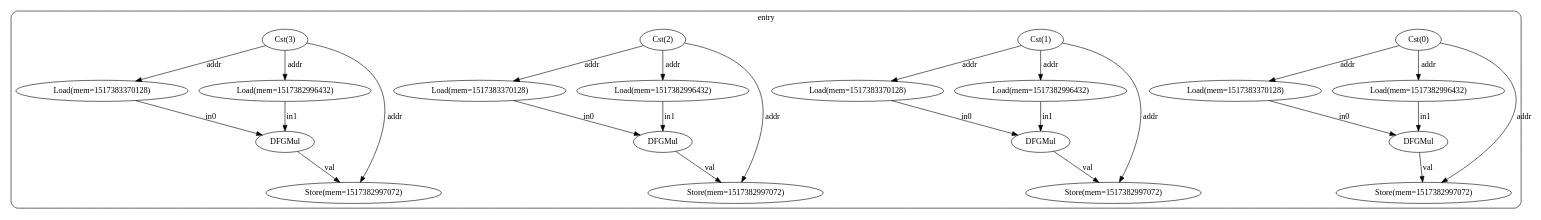
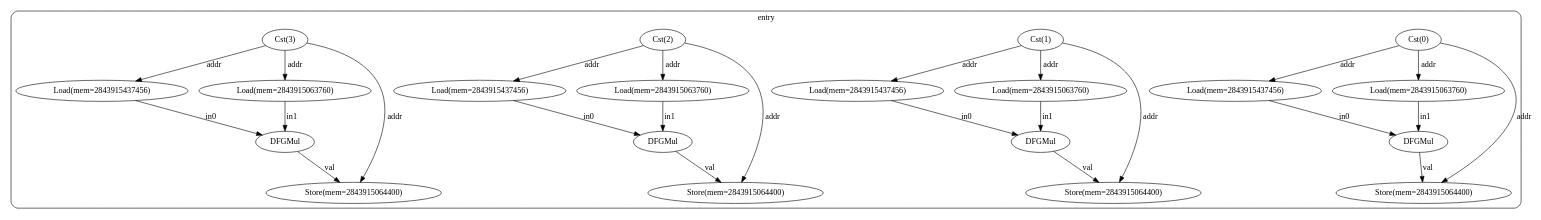
The diagram in test01/cfg_with_dfg.dot (ma-carrillo/High-level-synthesis-assignment), drawn with Graphviz before and after one commit. The commit also changed 18 other files, not shown here.

```diff
--- a/test01/cfg_with_dfg.dot
+++ b/test01/cfg_with_dfg.dot
@@ -1,51 +1,51 @@
 digraph "cfg" {
   compound=true;
   subgraph "cluster_bb0" {
     label="entry";
     style=rounded;
     bb0_n0 [label="Cst(0)"];
-    bb0_n1 [label="Load(mem=1517383370128)"];
-    bb0_n2 [label="Load(mem=1517382996432)"];
+    bb0_n1 [label="Load(mem=2843915437456)"];
+    bb0_n2 [label="Load(mem=2843915063760)"];
     bb0_n3 [label="DFGMul"];
-    bb0_n4 [label="Store(mem=1517382997072)"];
+    bb0_n4 [label="Store(mem=2843915064400)"];
     bb0_n5 [label="Cst(1)"];
-    bb0_n6 [label="Load(mem=1517383370128)"];
-    bb0_n7 [label="Load(mem=1517382996432)"];
+    bb0_n6 [label="Load(mem=2843915437456)"];
+    bb0_n7 [label="Load(mem=2843915063760)"];
     bb0_n8 [label="DFGMul"];
-    bb0_n9 [label="Store(mem=1517382997072)"];
+    bb0_n9 [label="Store(mem=2843915064400)"];
     bb0_n10 [label="Cst(2)"];
-    bb0_n11 [label="Load(mem=1517383370128)"];
-    bb0_n12 [label="Load(mem=1517382996432)"];
+    bb0_n11 [label="Load(mem=2843915437456)"];
+    bb0_n12 [label="Load(mem=2843915063760)"];
     bb0_n13 [label="DFGMul"];
-    bb0_n14 [label="Store(mem=1517382997072)"];
+    bb0_n14 [label="Store(mem=2843915064400)"];
     bb0_n15 [label="Cst(3)"];
-    bb0_n16 [label="Load(mem=1517383370128)"];
-    bb0_n17 [label="Load(mem=1517382996432)"];
+    bb0_n16 [label="Load(mem=2843915437456)"];
+    bb0_n17 [label="Load(mem=2843915063760)"];
     bb0_n18 [label="DFGMul"];
-    bb0_n19 [label="Store(mem=1517382997072)"];
+    bb0_n19 [label="Store(mem=2843915064400)"];
     bb0_n0 -> bb0_n1 [label="addr"];
     bb0_n0 -> bb0_n2 [label="addr"];
     bb0_n0 -> bb0_n4 [label="addr"];
     bb0_n1 -> bb0_n3 [label="in0"];
     bb0_n2 -> bb0_n3 [label="in1"];
     bb0_n3 -> bb0_n4 [label="val"];
     bb0_n5 -> bb0_n6 [label="addr"];
     bb0_n5 -> bb0_n7 [label="addr"];
     bb0_n5 -> bb0_n9 [label="addr"];
     bb0_n6 -> bb0_n8 [label="in0"];
     bb0_n7 -> bb0_n8 [label="in1"];
     bb0_n8 -> bb0_n9 [label="val"];
     bb0_n10 -> bb0_n11 [label="addr"];
     bb0_n10 -> bb0_n12 [label="addr"];
     bb0_n10 -> bb0_n14 [label="addr"];
     bb0_n11 -> bb0_n13 [label="in0"];
     bb0_n12 -> bb0_n13 [label="in1"];
     bb0_n13 -> bb0_n14 [label="val"];
     bb0_n15 -> bb0_n16 [label="addr"];
     bb0_n15 -> bb0_n17 [label="addr"];
     bb0_n15 -> bb0_n19 [label="addr"];
     bb0_n16 -> bb0_n18 [label="in0"];
     bb0_n17 -> bb0_n18 [label="in1"];
     bb0_n18 -> bb0_n19 [label="val"];
   }
 }
```
